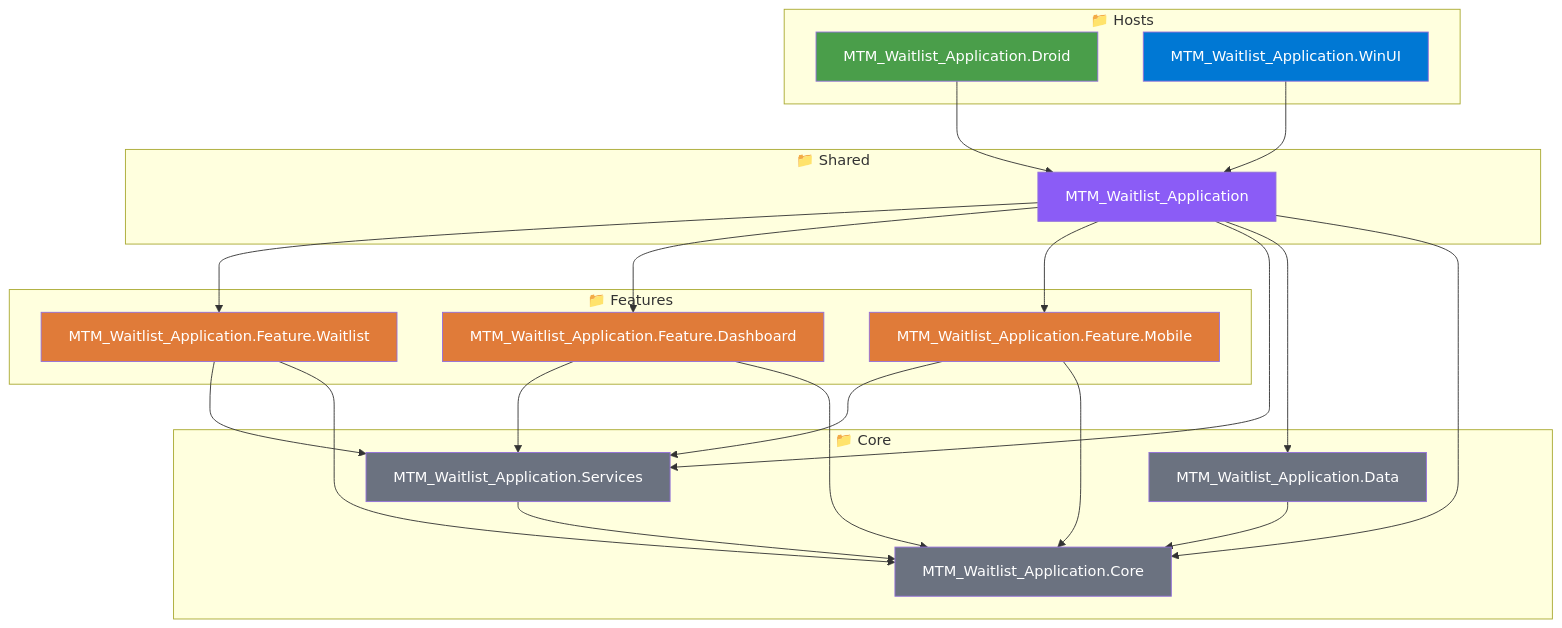
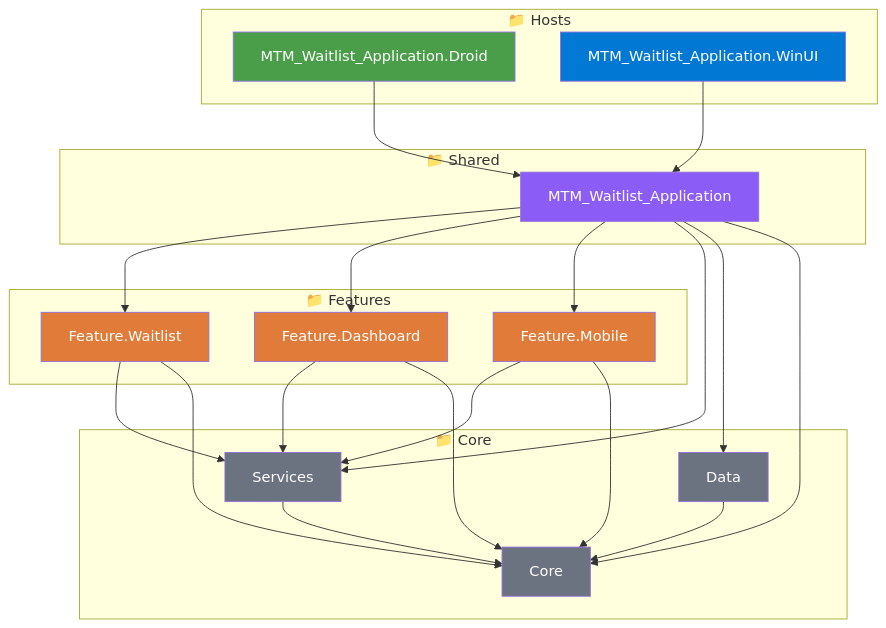
One commit to Manitowoc-Tool-and-Manufacturing/MTM_Waitlist_Application changed the second of 4 diagrams in Documents/ApplicationSetup/MAUI-SETUP.md. Above: the diagram before and after it, drawn with Mermaid. The commit also changed other lines of this file and 126 other files, not shown here.

````diff
--- a/Documents/ApplicationSetup/MAUI-SETUP.md
+++ b/Documents/ApplicationSetup/MAUI-SETUP.md
@@ -93,53 +93,53 @@
 ```mermaid
 flowchart TD
     subgraph Hosts["📁 Hosts"]
         Droid["MTM_Waitlist_Application.Droid"]
         WinUI["MTM_Waitlist_Application.WinUI"]
     end
 
     subgraph Shared["📁 Shared"]
         SharedProj["MTM_Waitlist_Application"]
     end
 
     subgraph Features["📁 Features"]
-        FWaitlist["MTM_Waitlist_Application.Feature.Waitlist"]
-        FDashboard["MTM_Waitlist_Application.Feature.Dashboard"]
-        FMobile["MTM_Waitlist_Application.Feature.Mobile"]
+        FWaitlist["Feature.Waitlist"]
+        FDashboard["Feature.Dashboard"]
+        FMobile["Feature.Mobile"]
     end
 
     subgraph Core["📁 Core"]
-        CoreProj["MTM_Waitlist_Application.Core"]
-        Services["MTM_Waitlist_Application.Services"]
-        Data["MTM_Waitlist_Application.Data"]
+        CoreProj["Core"]
+        Services["Services"]
+        Data["Data"]
     end
 
     Droid --> SharedProj
     WinUI --> SharedProj
 
     SharedProj --> FWaitlist
     SharedProj --> FDashboard
     SharedProj --> FMobile
     SharedProj --> Services
     SharedProj --> Data
     SharedProj --> CoreProj
 
     FWaitlist --> Services
     FWaitlist --> CoreProj
     FDashboard --> Services
     FDashboard --> CoreProj
     FMobile --> Services
     FMobile --> CoreProj
 
     Services --> CoreProj
     Data --> CoreProj
 
     style Droid fill:#4a9e4a,color:#fff
     style WinUI fill:#0078D4,color:#fff
     style SharedProj fill:#8b5cf6,color:#fff
     style FWaitlist fill:#e07b39,color:#fff
     style FDashboard fill:#e07b39,color:#fff
     style FMobile fill:#e07b39,color:#fff
     style CoreProj fill:#6b7280,color:#fff
     style Services fill:#6b7280,color:#fff
     style Data fill:#6b7280,color:#fff
 ```
````
